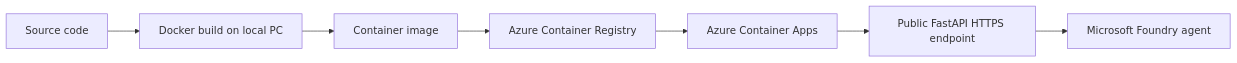
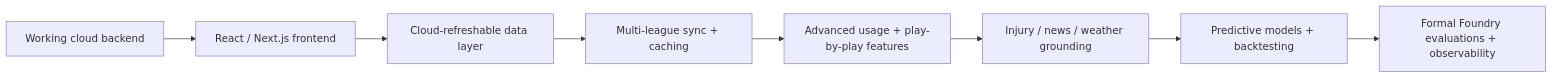
One commit to nikkiljag/fantasy-research-agent changed the second of 2 diagrams in docs/PROJECT_JOURNAL.md. Above: the diagram before and after it, drawn with Mermaid. The commit also changed other lines of this file and 8 other files, not shown here.

Commit message:
Deploy secured FastAPI backend to Azure and update docs

````diff
--- a/docs/PROJECT_JOURNAL.md
+++ b/docs/PROJECT_JOURNAL.md
@@ -427,9 +559,10 @@
 ```mermaid
 flowchart LR
-    A[Source code] --> B[Docker build on local PC]
-    B --> C[Container image]
-    C --> D[Azure Container Registry]
-    D --> E[Azure Container Apps]
-    E --> F[Public FastAPI HTTPS endpoint]
-    F --> G[Microsoft Foundry agent]
+    A[Working cloud backend] --> B[React / Next.js frontend]
+    B --> C[Cloud-refreshable data layer]
+    C --> D[Multi-league sync + caching]
+    D --> E[Advanced usage + play-by-play features]
+    E --> F[Injury / news / weather grounding]
+    F --> G[Predictive models + backtesting]
+    G --> H[Formal Foundry evaluations + observability]
 ```
````
